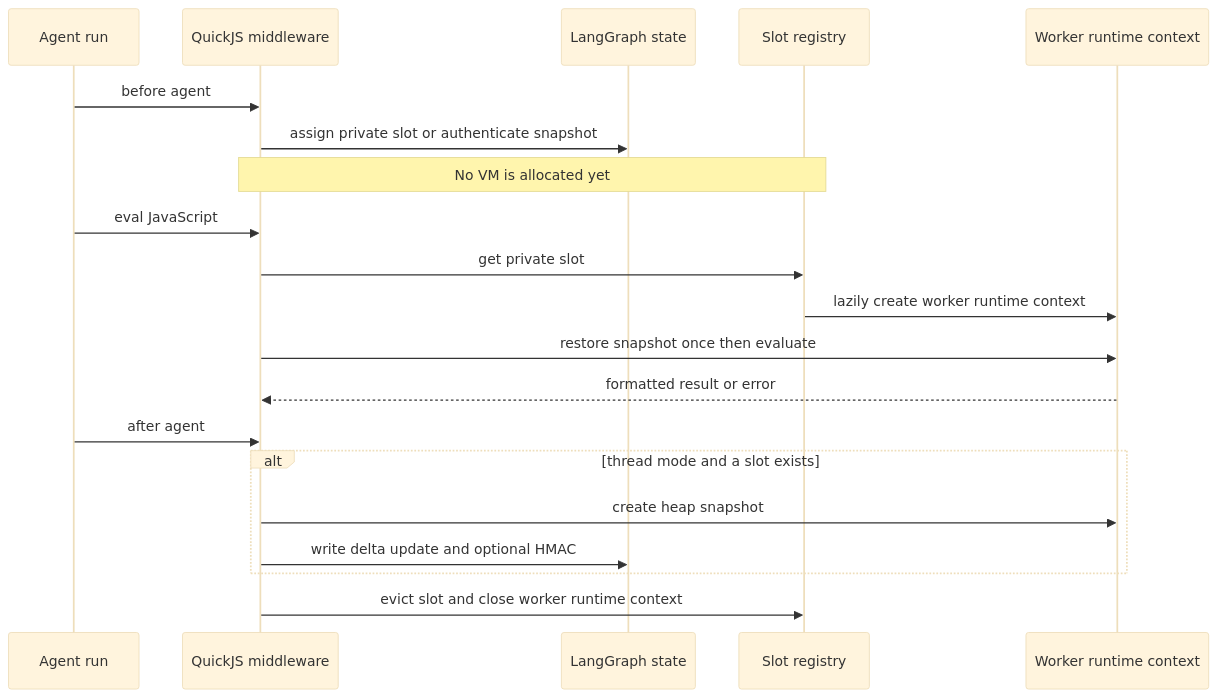
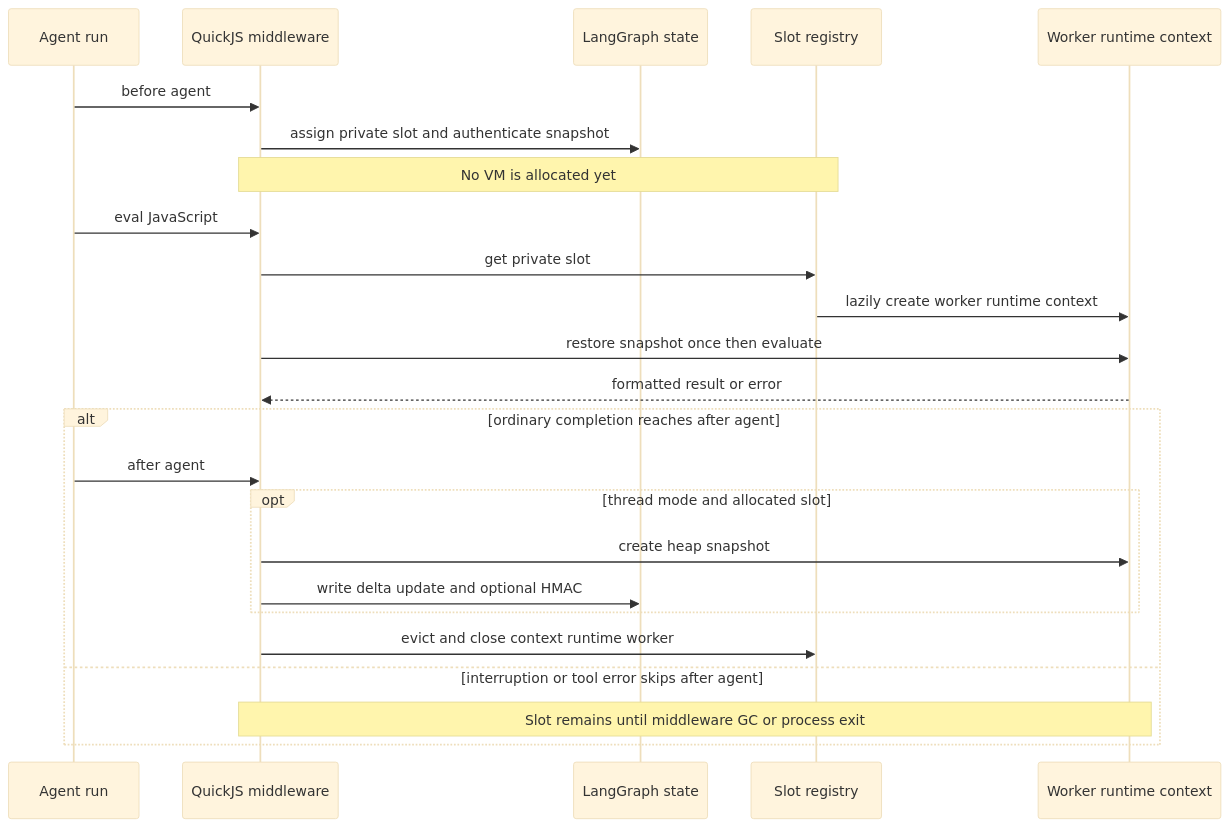
One commit to langchain-ai/deepagents changed the diagram in openwiki/integrations/sandbox-partners.md. Above: the diagram before and after it, drawn with Mermaid (base theme). The commit also changed other lines of this file and 22 other files, not shown here.

````diff
--- a/openwiki/integrations/sandbox-partners.md
+++ b/openwiki/integrations/sandbox-partners.md
@@ -135,22 +115,26 @@
 ```mermaid
 sequenceDiagram
     participant Run as Agent run
     participant MW as QuickJS middleware
     participant Store as LangGraph state
     participant Reg as Slot registry
     participant QJS as Worker runtime context
     Run->>MW: before agent
-    MW->>Store: assign private slot or authenticate snapshot
+    MW->>Store: assign private slot and authenticate snapshot
     Note over MW,Reg: No VM is allocated yet
     Run->>MW: eval JavaScript
     MW->>Reg: get private slot
     Reg->>QJS: lazily create worker runtime context
     MW->>QJS: restore snapshot once then evaluate
     QJS-->>MW: formatted result or error
-    Run->>MW: after agent
-    alt thread mode and a slot exists
-        MW->>QJS: create heap snapshot
-        MW->>Store: write delta update and optional HMAC
+    alt ordinary completion reaches after agent
+        Run->>MW: after agent
+        opt thread mode and allocated slot
+            MW->>QJS: create heap snapshot
+            MW->>Store: write delta update and optional HMAC
+        end
+        MW->>Reg: evict and close context runtime worker
+    else interruption or tool error skips after agent
+        Note over MW,QJS: Slot remains until middleware GC or process exit
     end
-    MW->>Reg: evict slot and close worker runtime context
 ```
````
